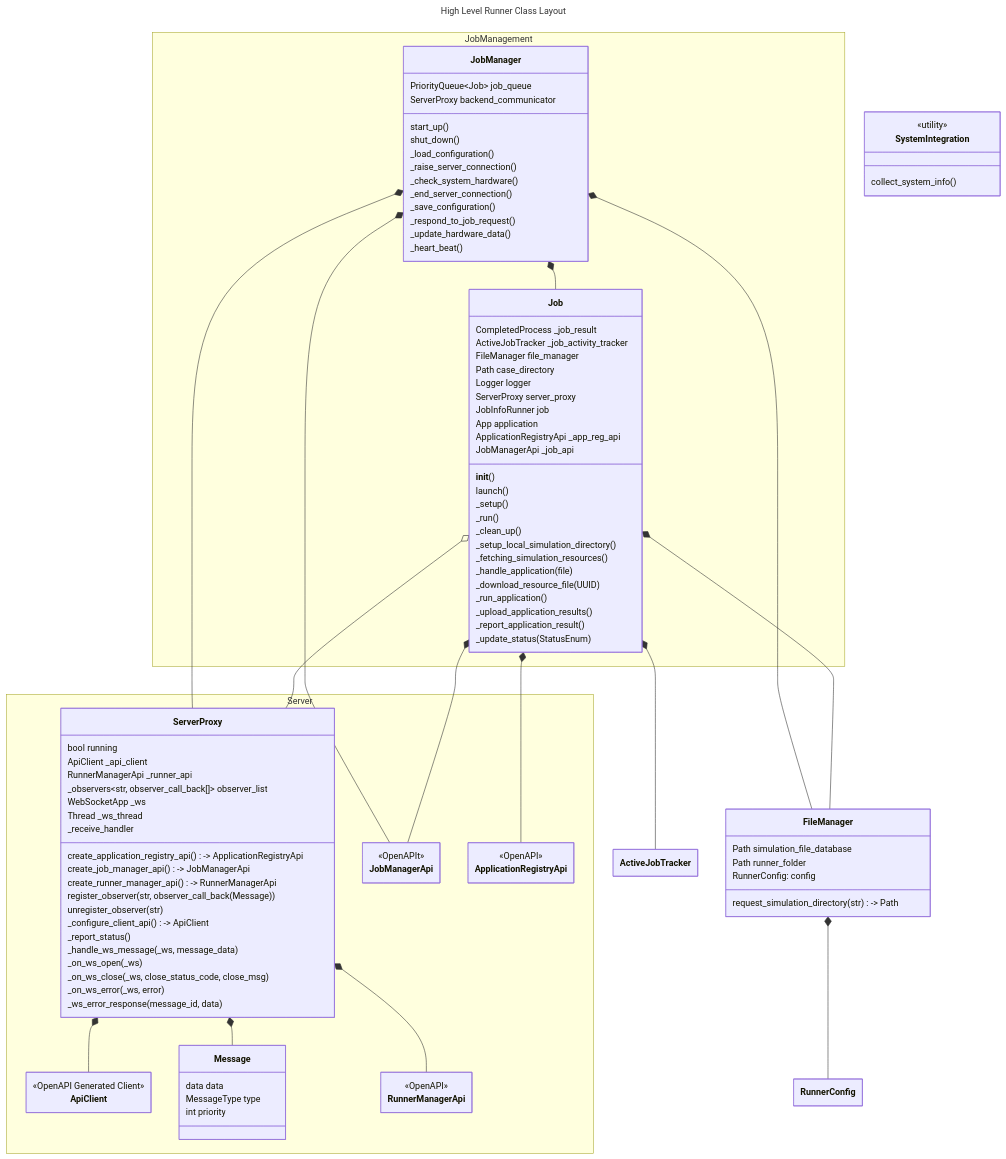
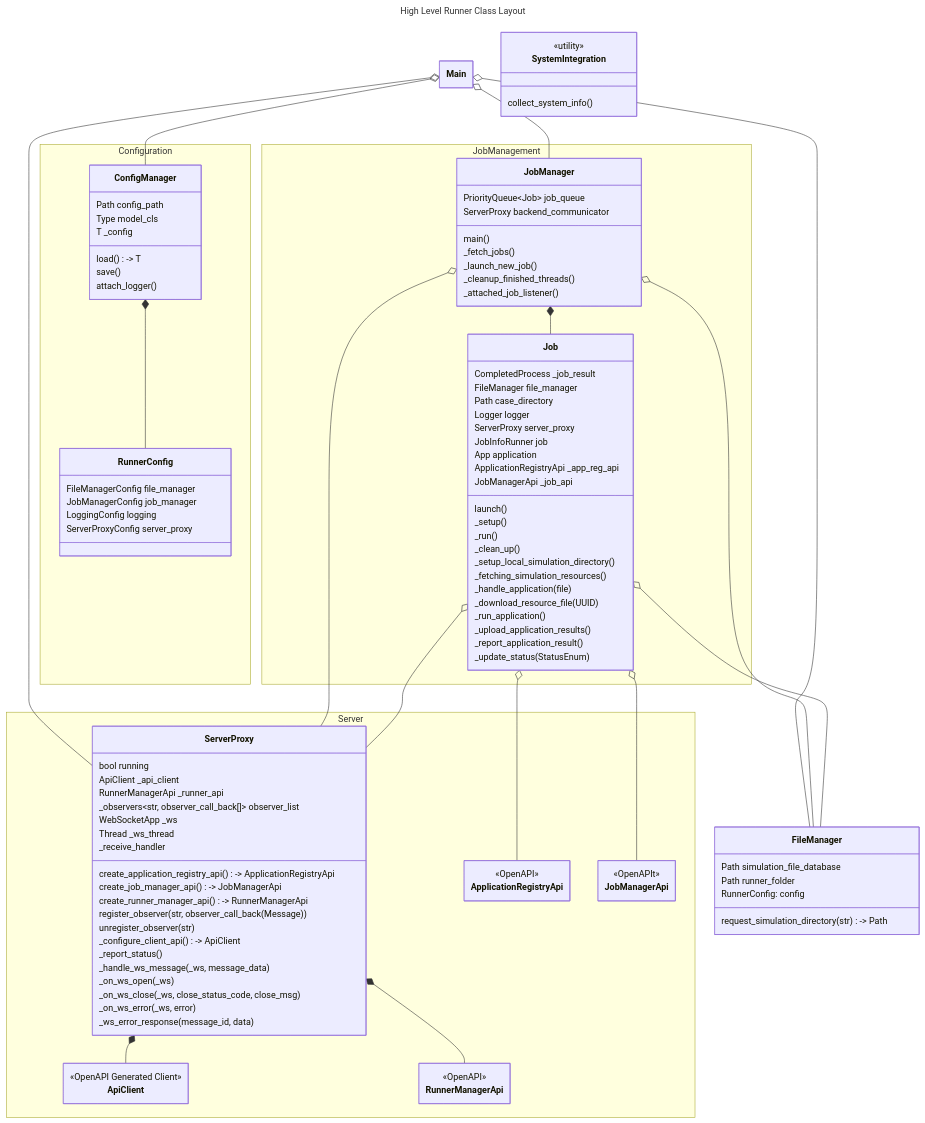
Before and after one commit to fyn-tech/fyn-runner: the diagram in docs/primary_design.md, drawn with Mermaid. The commit also changed other lines of this file, not shown here.

Commit message:
- updated ulm diagram, added entry point and config elements, updated job manager, removed message.

```diff
--- a/docs/primary_design.md
+++ b/docs/primary_design.md
@@ -82,51 +82,44 @@
 classDiagram
 
   %% Relationships
-  JobManager *--Job
-  JobManager *--ServerProxy
-  JobManager *-- FileManager
-  JobManager *-- JobManagerApi
+  Main o-- ConfigManager
+  Main o-- FileManager
+  Main o-- ServerProxy
+  Main o-- JobManager
+
+  JobManager *-- Job
+  JobManager o-- ServerProxy
+  JobManager o-- FileManager
 
   Job o-- ServerProxy
-  Job *-- FileManager
-  Job *-- ActiveJobTracker
-  Job *-- ApplicationRegistryApi
-  Job *-- JobManagerApi
-    
+  Job o-- FileManager
+  Job o-- ApplicationRegistryApi
+  Job o-- JobManagerApi
+
   ServerProxy *-- ApiClient
-  ServerProxy *-- Message
   ServerProxy *-- RunnerManagerApi
 
-  FileManager *-- RunnerConfig
-
+  ConfigManager *-- RunnerConfig
 
   namespace Job Management {
-    
+
     %% Classes
     class JobManager {
-      %% FIXME: Hardware/system info stuff is not in the job manager.
       %% Attributes:
       PriorityQueue~Job~ job_queue
       ServerProxy backend_communicator
 
       %% Methods:
       %% public interface/facade:
-      start_up()
-      shut_down()
+      main()
 
       %% Startup procedures
-      _load_configuration()
-      _raise_server_connection()
-      _check_system_hardware()
+      _fetch_jobs()
+      _launch_new_job()
+      _cleanup_finished_threads()
 
-      %% Startup procedures
-      _end_server_connection()
-      _save_configuration()
-
-      %% API communication (exc. sim file sync.)
-      _respond_to_job_request()
-      _update_hardware_data()
-      _heart_beat()
+      %% Job management
+      _attached_job_listener()
     }
 
 
@@ -136,8 +129,7 @@
       %% Python object attributes
       CompletedProcess _job_result
 
-      %% Robber clients
-      ActiveJobTracker _job_activity_tracker
+      %% Runner clients
       FileManager file_manager
       Path case_directory
       Logger logger
@@ -150,7 +142,6 @@
       JobManagerApi _job_api
 
       %% Methods
-      __init__()
       launch()
 
       %% Main Control Functions
@@ -186,9 +177,28 @@
     request_simulation_directory(str) -> Path
   }
 
+  namespace Configuration {
+    class ConfigManager {
+      Path config_path
+      Type model_cls
+      T _config
+
+      load() -> T
+      save()
+      attach_logger()
+    }
+
+    class RunnerConfig {
+      FileManagerConfig file_manager
+      JobManagerConfig job_manager
+      LoggingConfig logging
+      ServerProxyConfig server_proxy
+    }
+  }
+
   namespace Server {
     class ServerProxy {
-      
+
       %% Status Attributes:
       bool running
 
@@ -196,7 +206,7 @@
       ApiClient _api_client
       RunnerManagerApi _runner_api
 
-      %% Web Socekt Attributes:
+      %% Web Socket Attributes:
       _observers~str, observer_call_back[]~ observer_list
       WebSocketApp _ws
       Thread _ws_thread
@@ -207,12 +217,12 @@
       create_runner_manager_api() -> RunnerManagerApi
       register_observer(str, observer_call_back(Message))
       unregister_observer(str)
-      
+
       %% HTTP Backend:
       _configure_client_api() -> ApiClient
       _report_status()
 
-      %% Web Socket Backend 
+      %% Web Socket Backend
       _receive_handler
       _handle_ws_message(_ws, message_data)
       _on_ws_open(_ws)
@@ -237,13 +247,6 @@
     class RunnerManagerApi {
       <<OpenAPI>>
     }
-
-
-    class Message {
-      data data
-      MessageType type
-      int priority
-    }
   }
 
   class SystemIntegration {
```
